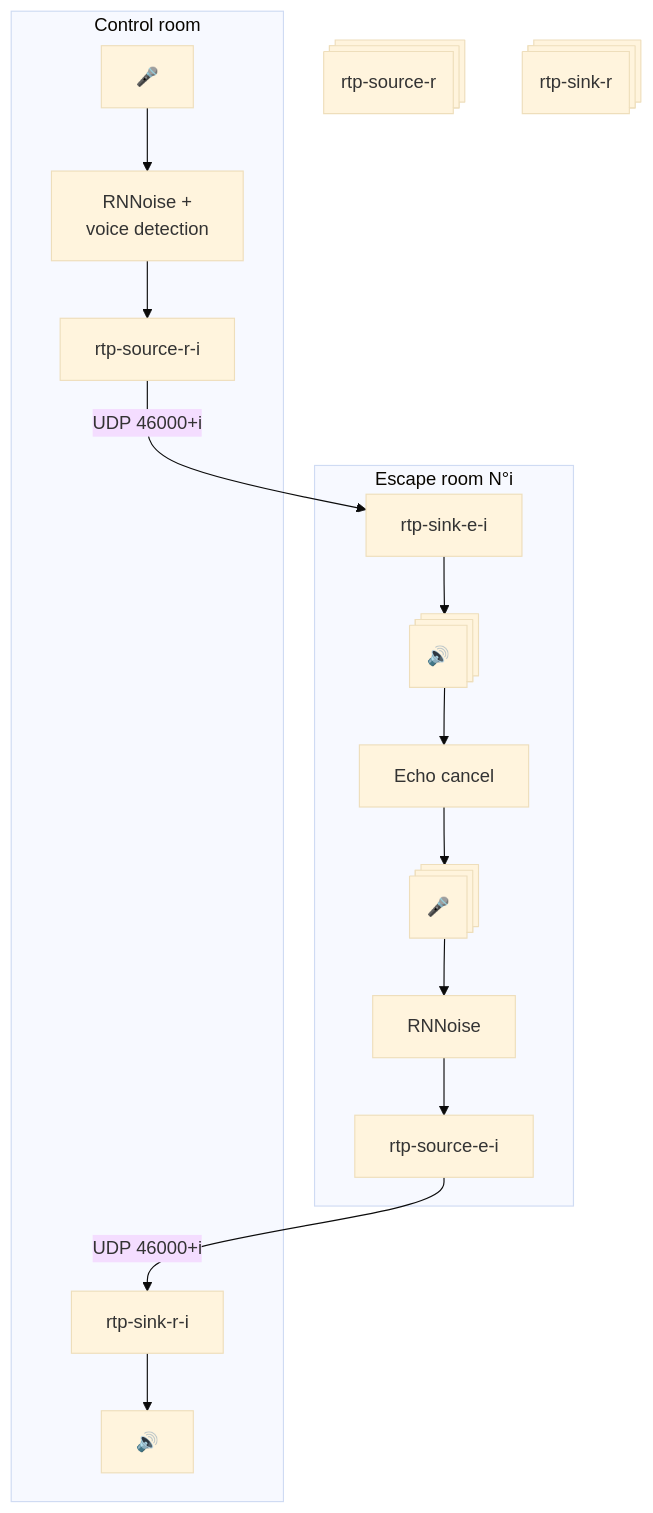
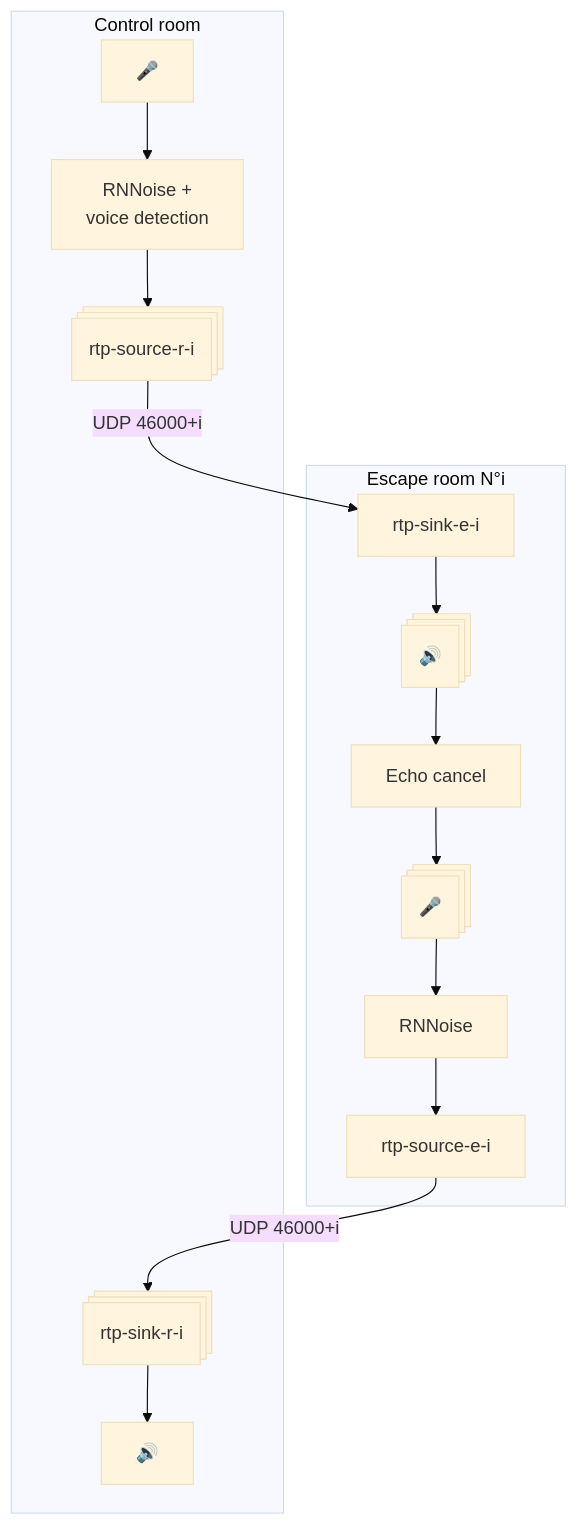
One commit to nim65s/alloria changed the diagram in README.md. Above: the diagram before and after it, drawn with Mermaid (base theme).

````diff
--- a/README.md
+++ b/README.md
@@ -7,32 +7,32 @@
 ```mermaid
 graph
     mic-r["🎤"]
     mic-s["🎤"]
     speak-r["🔊"]
     speak-s["🔊"]
     noise-r["RNNoise + <br>voice detection"]
     noise-s["RNNoise"]
     source-e["rtp-source-e-i"]
     sink-r["rtp-sink-r-i"]
     source-r["rtp-source-r-i"]
     sink-e["rtp-sink-e-i"]
     echo["Echo cancel"]
 
     mic-s@{ shape: procs}
     speak-s@{ shape: procs}
-    rtp-source-r@{ shape: procs}
-    rtp-sink-r@{ shape: procs}
+    source-r@{ shape: procs}
+    sink-r@{ shape: procs}
 
     source-e -- UDP 46000+i --> sink-r
     source-r -- UDP 46000+i --> sink-e
 
     subgraph "Escape room N°i"
         sink-e --> speak-s --> echo -->
         mic-s --> noise-s --> source-e
     end
 
     subgraph "Control room"
         sink-r --> speak-r
         mic-r --> noise-r --> source-r
     end
 ```
````
